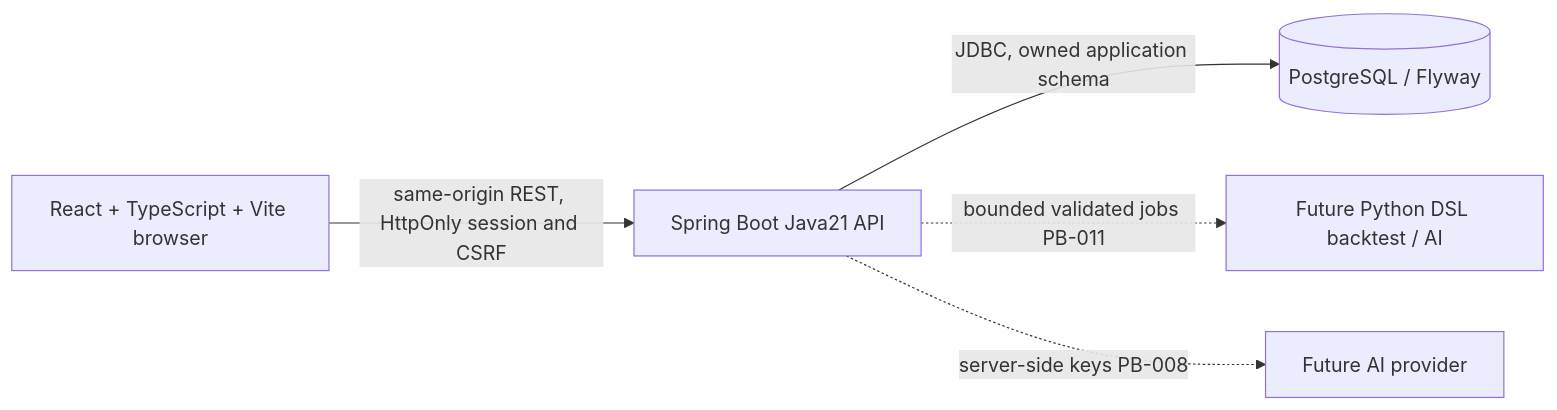
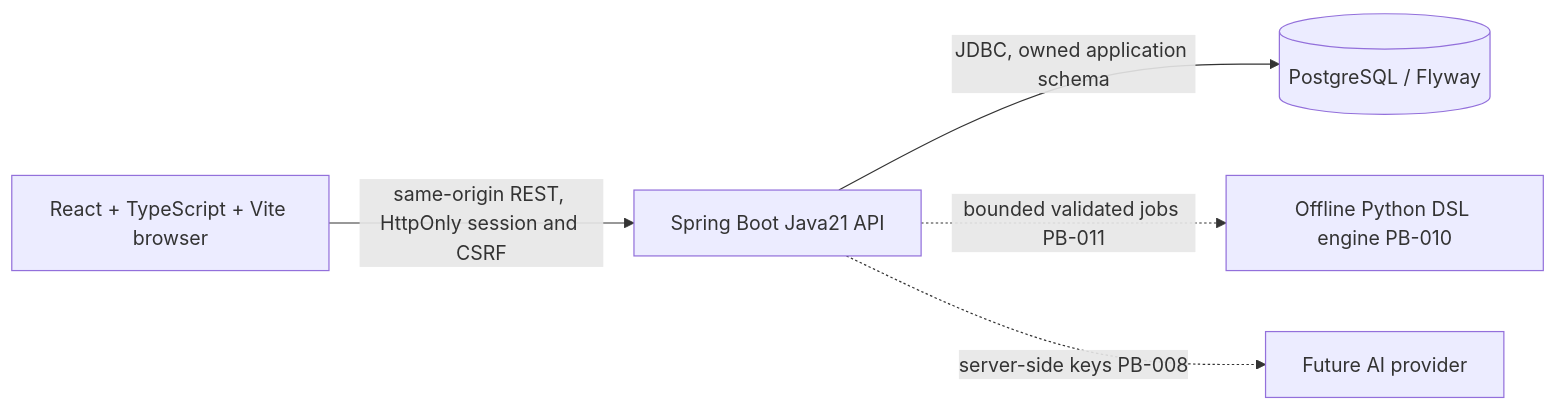
One commit to tranbaohoang10/AITrading changed the first of 2 diagrams in docs/architecture.md. Above: the diagram before and after it, drawn with Mermaid. The commit also changed other lines of this file and 27 other files, not shown here.

First line of the commit message:
feat(backtest): thêm engine Python xác định và kiểm chứng tính nhân quả

````diff
--- a/docs/architecture.md
+++ b/docs/architecture.md
@@ -12,12 +13,12 @@
 ```mermaid
 flowchart LR
   Browser[React + TypeScript + Vite browser]
   API[Spring Boot Java21 API]
   DB[(PostgreSQL / Flyway)]
-  Python[Future Python DSL backtest / AI]
+  Python[Offline Python DSL engine PB-010]
   Provider[Future AI provider]
   Browser -->|same-origin REST, HttpOnly session and CSRF| API
   API -->|JDBC, owned application schema| DB
   API -. bounded validated jobs PB-011 .-> Python
   API -. server-side keys PB-008 .-> Provider
 ```
````
